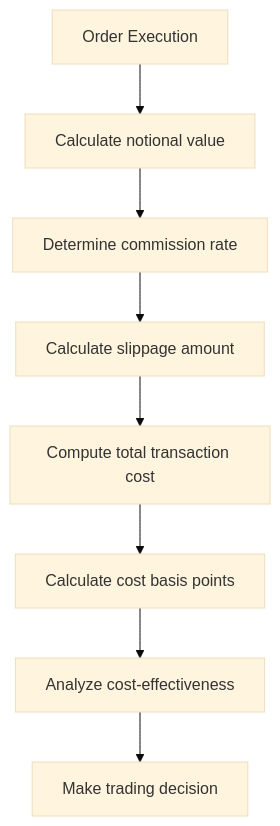
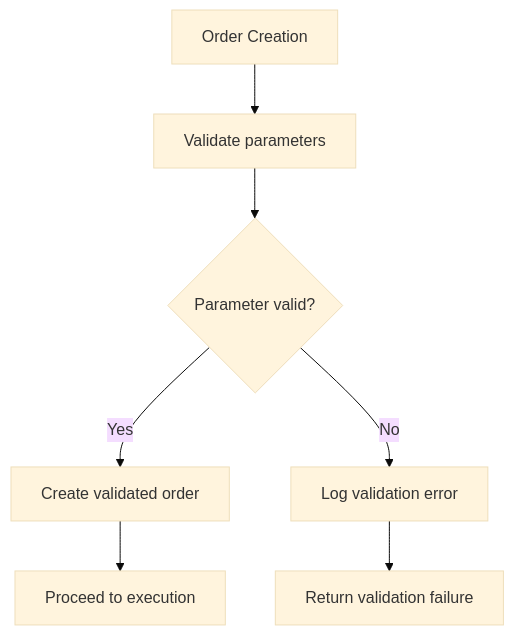
One commit to guofeng201507/shark-quant-trader changed diagram 12 of 13 in .qoder/repowiki/en/content/Execution and Compliance.md. Above: the diagram before and after it, drawn with Mermaid (base theme). The commit also changed other lines of this file and 14 other files, not shown here.

````diff
--- a/.qoder/repowiki/en/content/Execution and Compliance.md
+++ b/.qoder/repowiki/en/content/Execution and Compliance.md
@@ -446,10 +532,9 @@
 ```mermaid
 flowchart TD
-A["Order Execution"] --> B["Calculate notional value"]
-B --> C["Determine commission rate"]
-C --> D["Calculate slippage amount"]
-D --> E["Compute total transaction cost"]
-E --> F["Calculate cost basis points"]
-F --> G["Analyze cost-effectiveness"]
-G --> H["Make trading decision"]
+A["Order Creation"] --> B["Validate parameters"]
+B --> C{"Parameter valid?"}
+C --> |Yes| D["Create validated order"]
+C --> |No| E["Log validation error"]
+E --> F["Return validation failure"]
+D --> G["Proceed to execution"]
 ```
````
